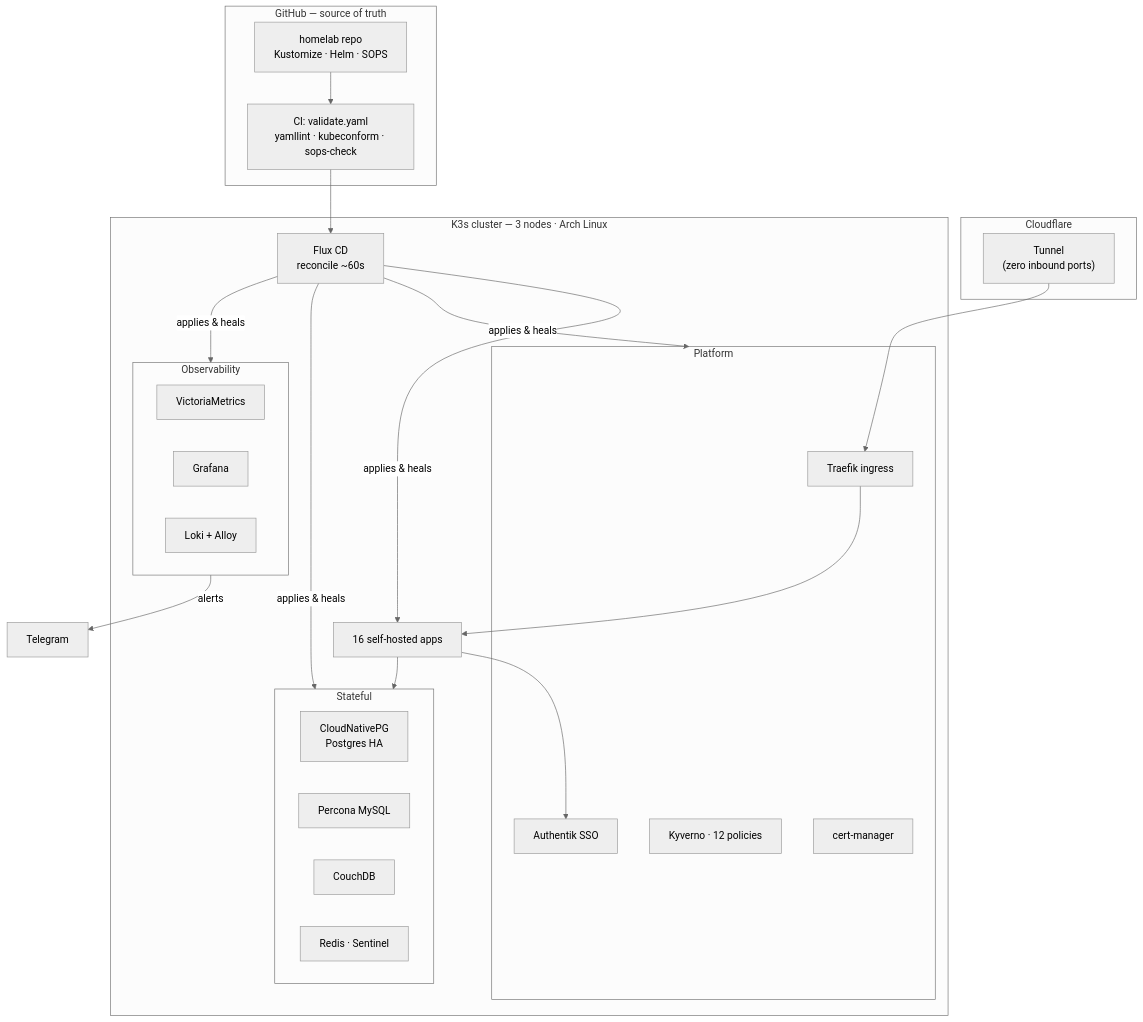
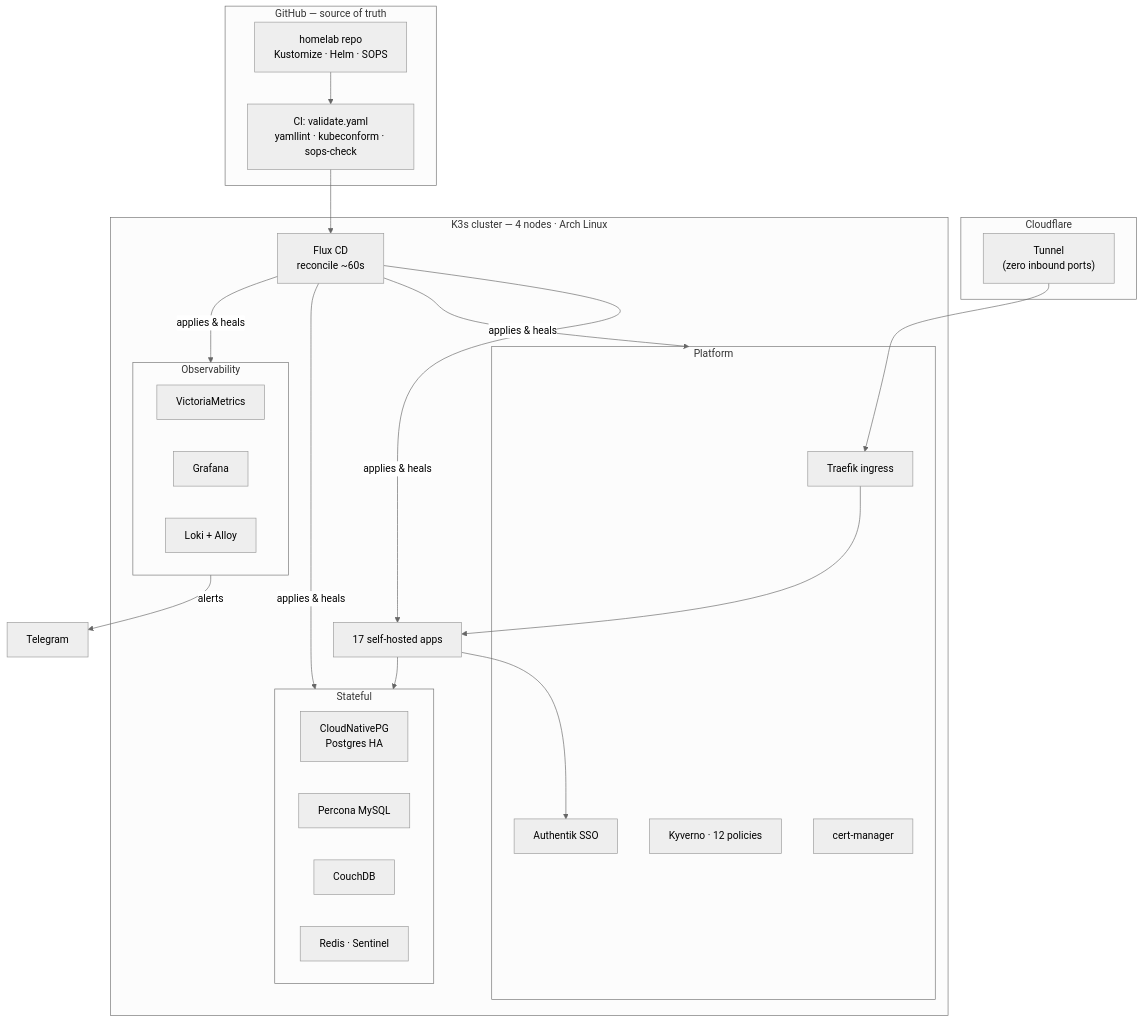
The diagram in README.md (AKhozya/homelab), drawn with Mermaid (neutral theme) before and after one commit. The commit also changed other lines of this file and 80 other files, not shown here.

````diff
--- a/README.md
+++ b/README.md
@@ -18,37 +18,37 @@
 ```mermaid
 flowchart TB
     subgraph GH["GitHub — source of truth"]
         REPO["homelab repo<br/>Kustomize · Helm · SOPS"]
         CI["CI: validate.yaml<br/>yamllint · kubeconform · sops-check"]
     end
     subgraph CF["Cloudflare"]
         TUN["Tunnel<br/>(zero inbound ports)"]
     end
-    subgraph K3S["K3s cluster — 3 nodes · Arch Linux"]
+    subgraph K3S["K3s cluster — 4 nodes · Arch Linux"]
         FLUX["Flux CD<br/>reconcile ~60s"]
         subgraph PLAT["Platform"]
             TRAEFIK["Traefik ingress"]
             AUTH["Authentik SSO"]
             KYV["Kyverno · 12 policies"]
             CERT["cert-manager"]
         end
         subgraph DATA["Stateful"]
             PG["CloudNativePG<br/>Postgres HA"]
             MY["Percona MySQL"]
             CDB["CouchDB"]
             RDS["Redis · Sentinel"]
         end
         subgraph OBS["Observability"]
             VM["VictoriaMetrics"]
             GRAF["Grafana"]
             LOKI["Loki + Alloy"]
         end
-        APPS["16 self-hosted apps"]
+        APPS["17 self-hosted apps"]
     end
     REPO --> CI --> FLUX
     FLUX -->|applies & heals| PLAT & DATA & OBS & APPS
     TUN --> TRAEFIK --> APPS
     APPS --> AUTH
     APPS --> DATA
     OBS -->|alerts| TG["Telegram"]
 ```
````
